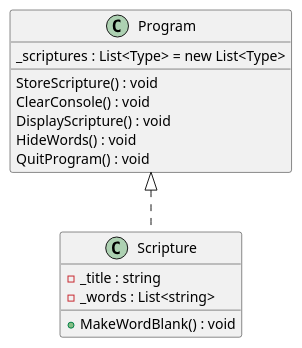
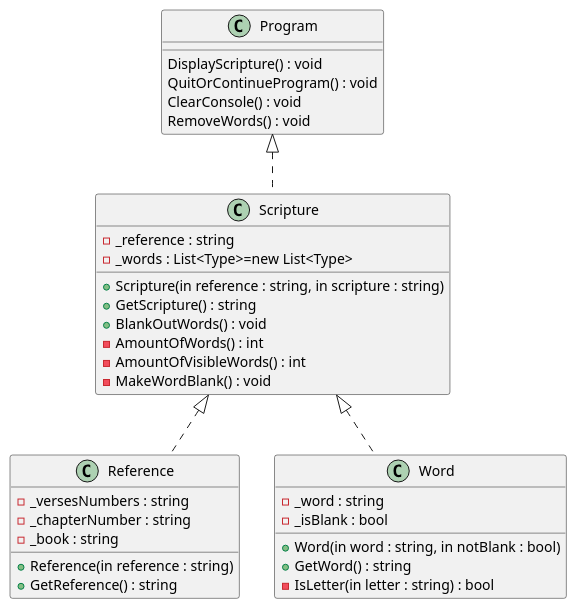
Before and after one commit to joshwmerrell/cse210-projects: the diagram in prove/Develop03/design.puml, drawn with PlantUML. The commit also changed 5 other files, not shown here.

```diff
--- a/prove/Develop03/design.puml
+++ b/prove/Develop03/design.puml
@@ -1,23 +1,46 @@
 @startuml design
 
 class Program
 {
-    _scriptures : List<Type> = new List<Type>
-    StoreScripture() : void
+    ' StoreScripture() : void
+    DisplayScripture() : void
+    QuitOrContinueProgram() : void
     ClearConsole() : void
-    DisplayScripture() : void
-    HideWords() : void
-    QuitProgram() : void
-    ' QuitProgramOrGetMoreDifficult() : void
+    RemoveWords() : void
 }
 
 class Scripture
 {
-    -_title : string
-    -_words : List<string>
-    +MakeWordBlank() : void
+    -_reference : string
+    -_words : List<Type>=new List<Type>
+    +Scripture(in reference : string, in scripture : string)
+    +GetScripture() : string
+    +BlankOutWords() : void
+    -AmountOfWords() : int
+    -AmountOfVisibleWords() : int
+    -MakeWordBlank() : void
+}
+
+class Reference
+{
+    -_versesNumbers : string
+    -_chapterNumber : string
+    -_book : string
+    +Reference(in reference : string)
+    +GetReference() : string
+}
+
+class Word
+{
+    -_word : string
+    -_isBlank : bool
+    +Word(in word : string, in notBlank : bool)
+    +GetWord() : string
+    -IsLetter(in letter : string) : bool
 }
 
 Program <|.. Scripture
+Scripture <|.. Reference
+Scripture <|.. Word
 
 @enduml
```
